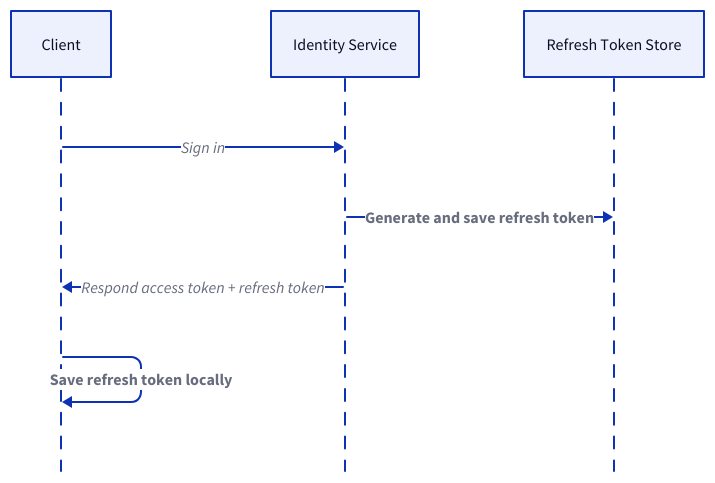
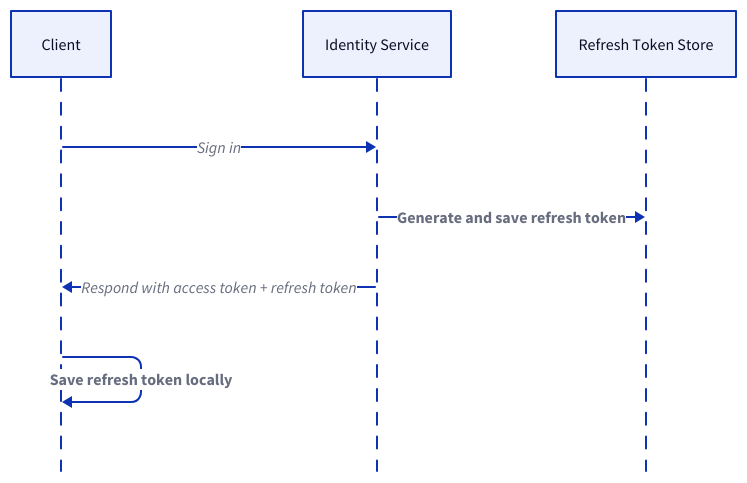
One commit to link1905/system-design-101 changed the sixth of 26 diagrams in content/system-administration/system-protection/iam.md. Above: the diagram before and after it, drawn with D2. The commit also changed other lines of this file and 42 other files, not shown here.

````diff
--- a/content/system-administration/system-protection/iam.md
+++ b/content/system-administration/system-protection/iam.md
@@ -300,21 +301,21 @@
 ```d2
 shape: sequence_diagram
 c: Client {
     class: client
 }
 a: Identity Service {
     class: server
 }
 store: Refresh Token Store {
     class: cache
 }
 
 c -> a: Sign in
 a -> store: Generate and save refresh token {
     style.bold: true
 }
-c <- a: Respond access token + refresh token
+c <- a: Respond with access token + refresh token
 c -> c: Save refresh token locally {
     style.bold: true
 }
 ```
````
